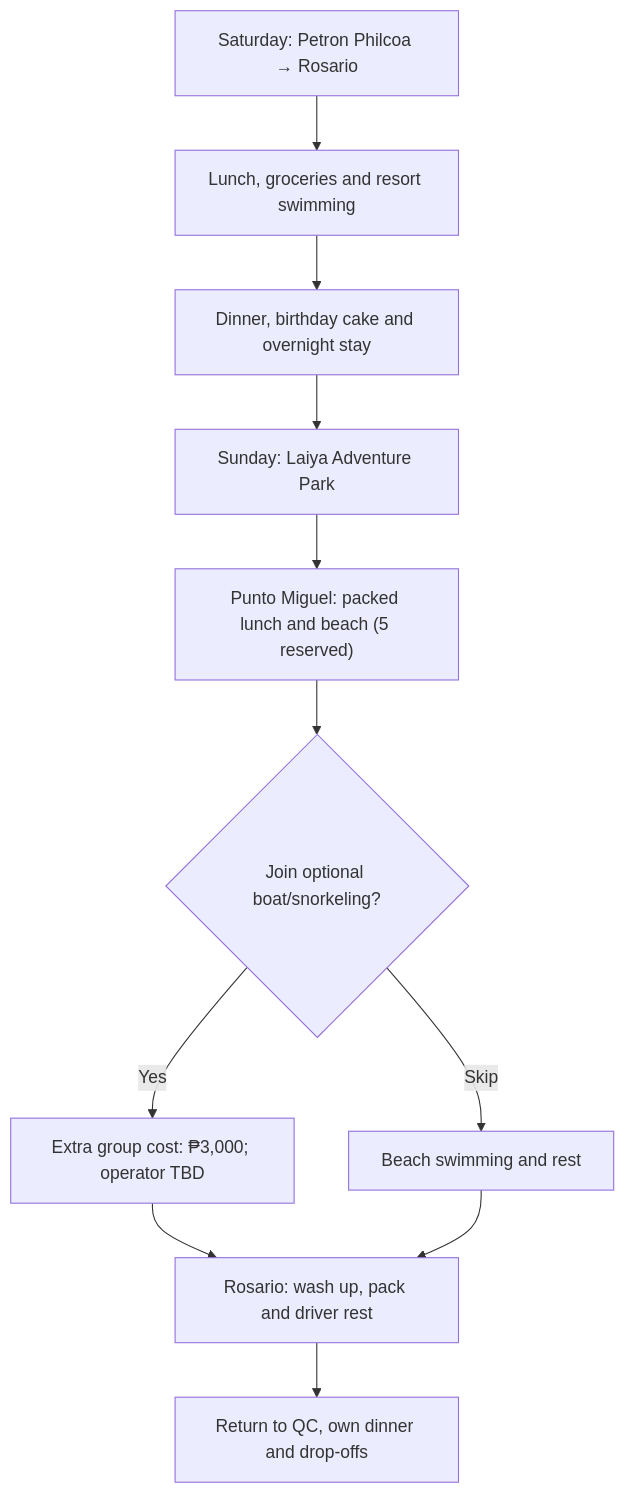
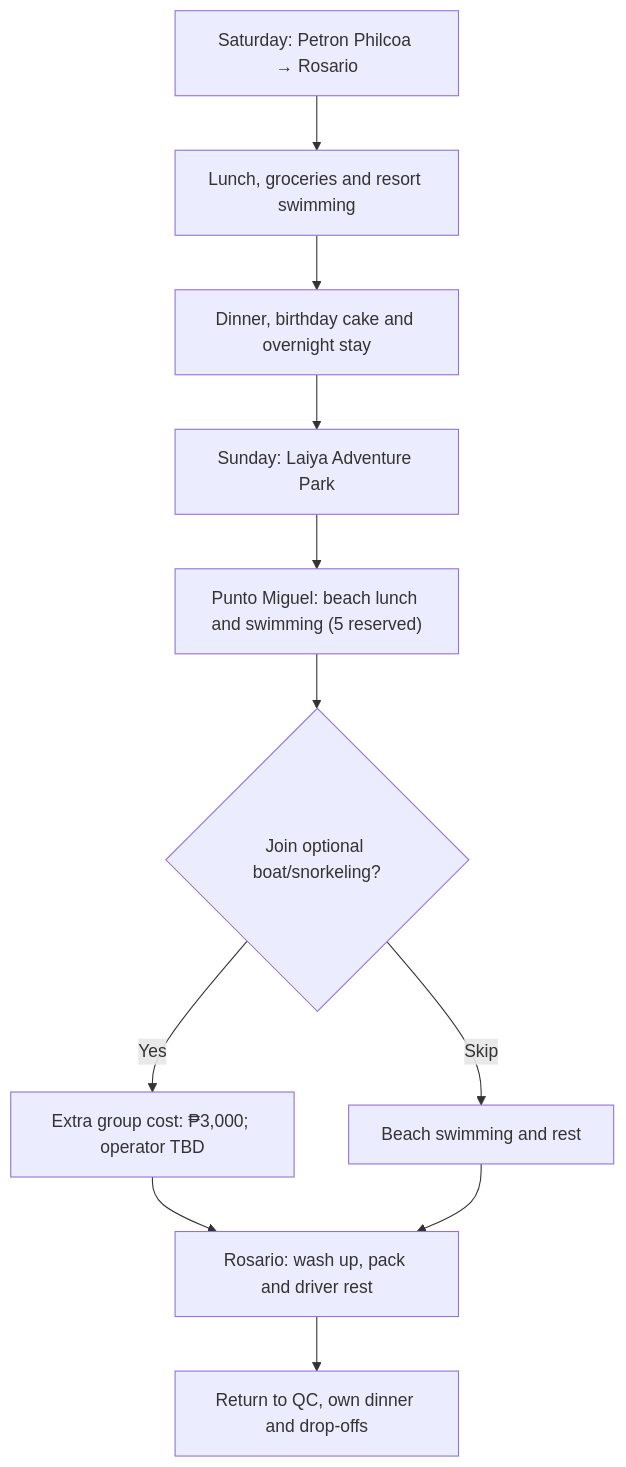
One commit to itsmcliam/Birthday-Plan changed the diagram in assets/trip-flow.mmd. Above: the diagram before and after it, drawn with Mermaid. The commit also changed 2 other files, not shown here.

Commit message:
Add shared gear assignments, shopping checklist and tentative beach grilling plan

```diff
--- a/assets/trip-flow.mmd
+++ b/assets/trip-flow.mmd
@@ -1,11 +1,11 @@
 flowchart TD
     A["Saturday: Petron Philcoa → Rosario"] --> B["Lunch, groceries and resort swimming"]
     B --> C["Dinner, birthday cake and overnight stay"]
     C --> D["Sunday: Laiya Adventure Park"]
-    D --> E["Punto Miguel: packed lunch and beach (5 reserved)"]
+    D --> E["Punto Miguel: beach lunch and swimming (5 reserved)"]
     E --> F{"Join optional boat/snorkeling?"}
     F -->|Yes| G["Extra group cost: ₱3,000; operator TBD"]
     F -->|Skip| H["Beach swimming and rest"]
     G --> I["Rosario: wash up, pack and driver rest"]
     H --> I
     I --> J["Return to QC, own dinner and drop-offs"]
```
